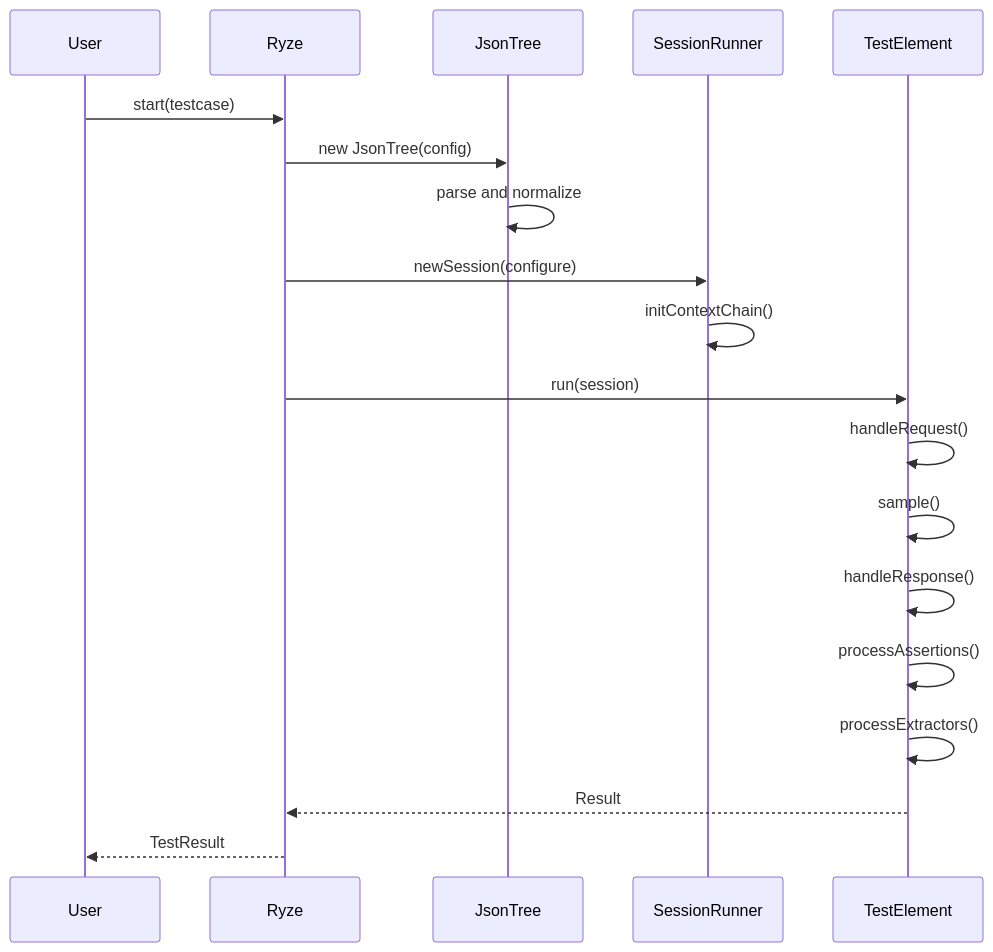
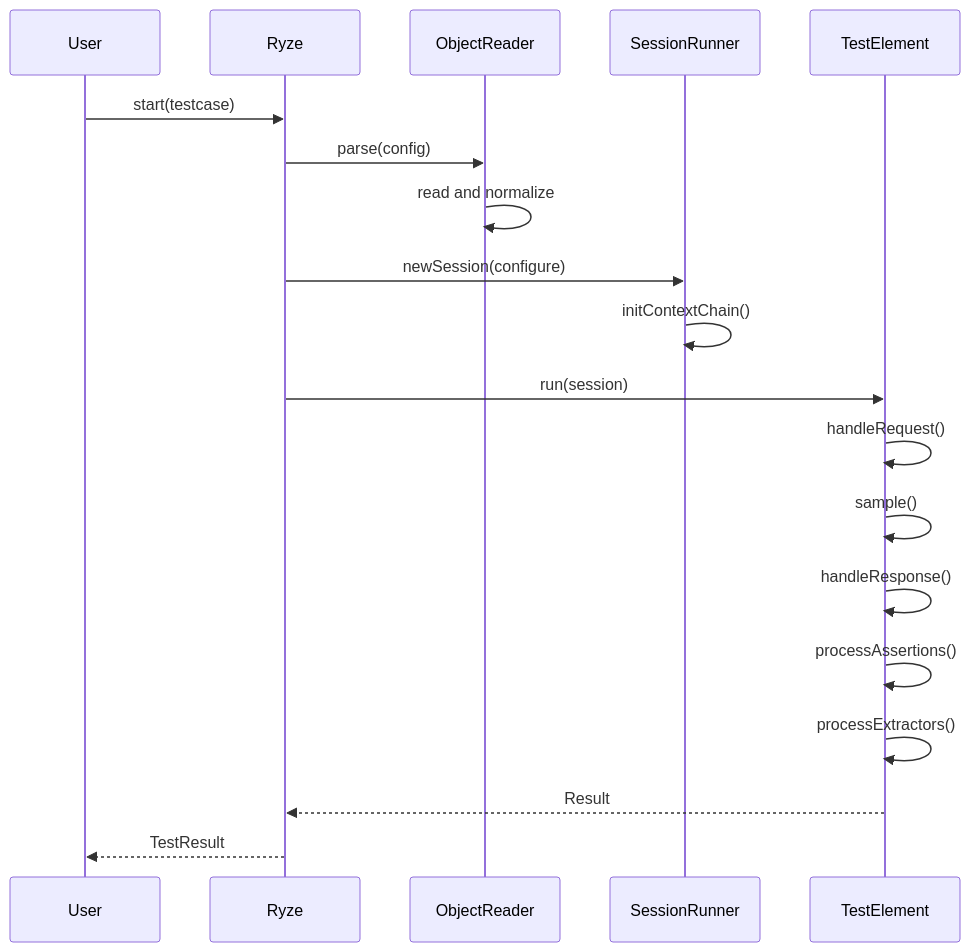
One commit to XiaoMiSum/ryze changed the third of 4 diagrams in docs/developer/architecture.md. Above: the diagram before and after it, drawn with Mermaid. The commit also changed other lines of this file and 5 other files, not shown here.

````diff
--- a/docs/developer/architecture.md
+++ b/docs/developer/architecture.md
@@ -402,22 +397,22 @@
 ```mermaid
 sequenceDiagram
     participant U as User
     participant R as Ryze
-    participant J as JsonTree
+    participant J as ObjectReader
     participant S as SessionRunner
     participant T as TestElement
     
     U->>R: start(testcase)
-    R->>J: new JsonTree(config)
-    J->>J: parse and normalize
+    R->>J: parse(config)
+    J->>J: read and normalize
     R->>S: newSession(configure)
     S->>S: initContextChain()
     R->>T: run(session)
     T->>T: handleRequest()
     T->>T: sample()
     T->>T: handleResponse()
     T->>T: processAssertions()
     T->>T: processExtractors()
     T-->>R: Result
     R-->>U: TestResult
 ```
````
